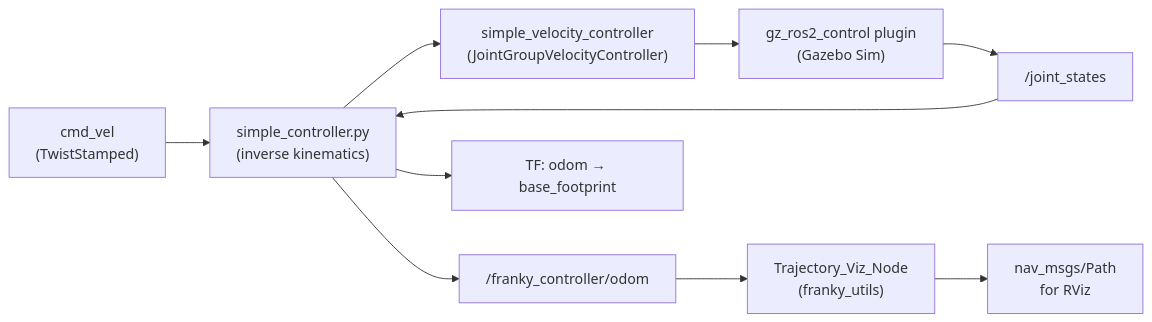
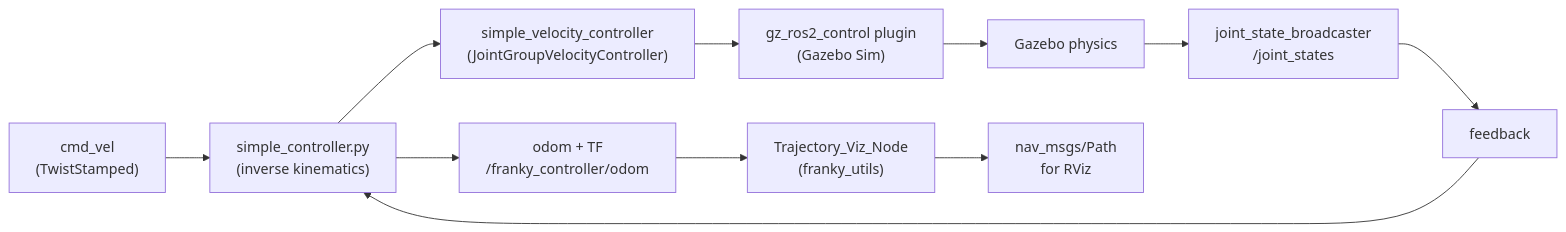
The diagram in README.md (prabudhgautam/Franky_AMR), drawn with Mermaid before and after one commit.

Commit message:
Use attached flowchart structure

````diff
--- a/README.md
+++ b/README.md
@@ -57,12 +57,14 @@
 ```mermaid
 flowchart LR
     A["cmd_vel<br/>(TwistStamped)"] --> B["simple_controller.py<br/>(inverse kinematics)"]
     B --> C["simple_velocity_controller<br/>(JointGroupVelocityController)"]
     C --> D["gz_ros2_control plugin<br/>(Gazebo Sim)"]
-    D --> E["/joint_states"]
-    E --> B
-    B --> F["/franky_controller/odom"]
-    B --> G["TF: odom → base_footprint"]
-    F --> H["Trajectory_Viz_Node<br/>(franky_utils)"]
-    H --> I["nav_msgs/Path<br/>for RViz"]
+    D --> E["Gazebo physics"]
+    E --> F["joint_state_broadcaster<br/>/joint_states"]
+    F --> G["feedback"]
+    G --> B
+
+    B --> H["odom + TF<br/>/franky_controller/odom"]
+    H --> I["Trajectory_Viz_Node<br/>(franky_utils)"]
+    I --> J["nav_msgs/Path<br/>for RViz"]
 ```
````
